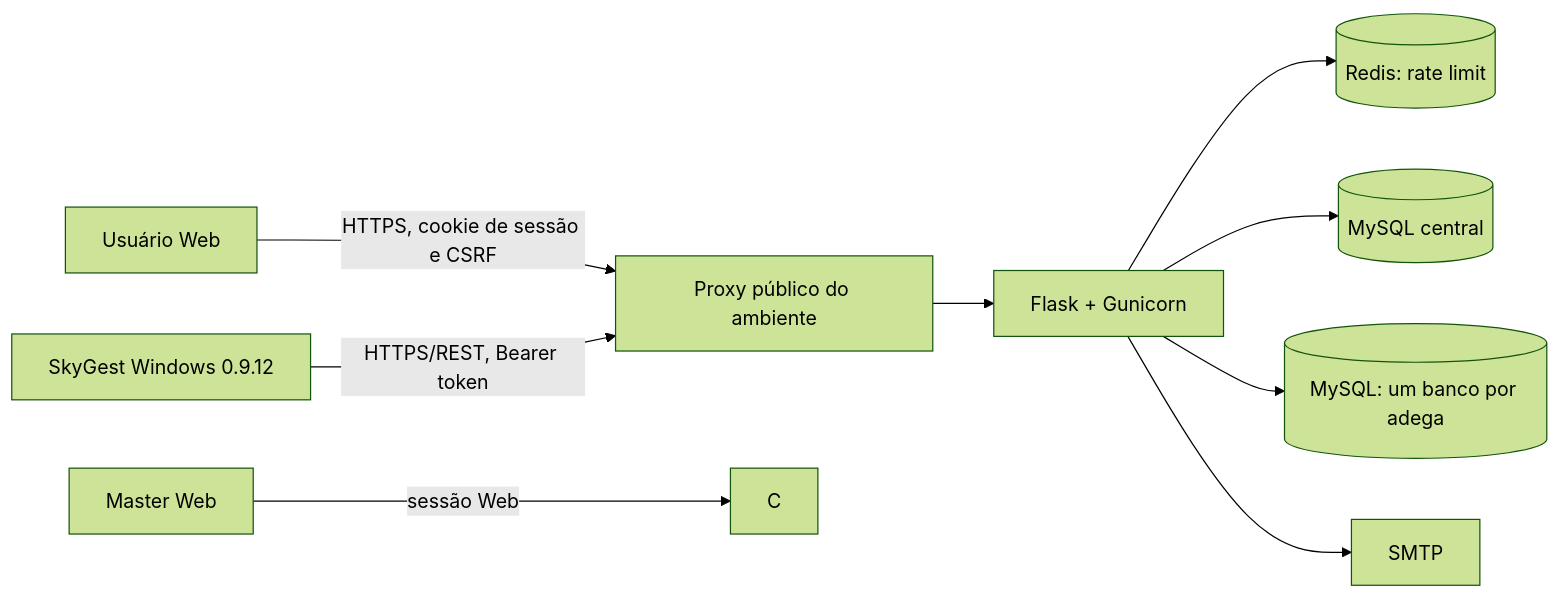
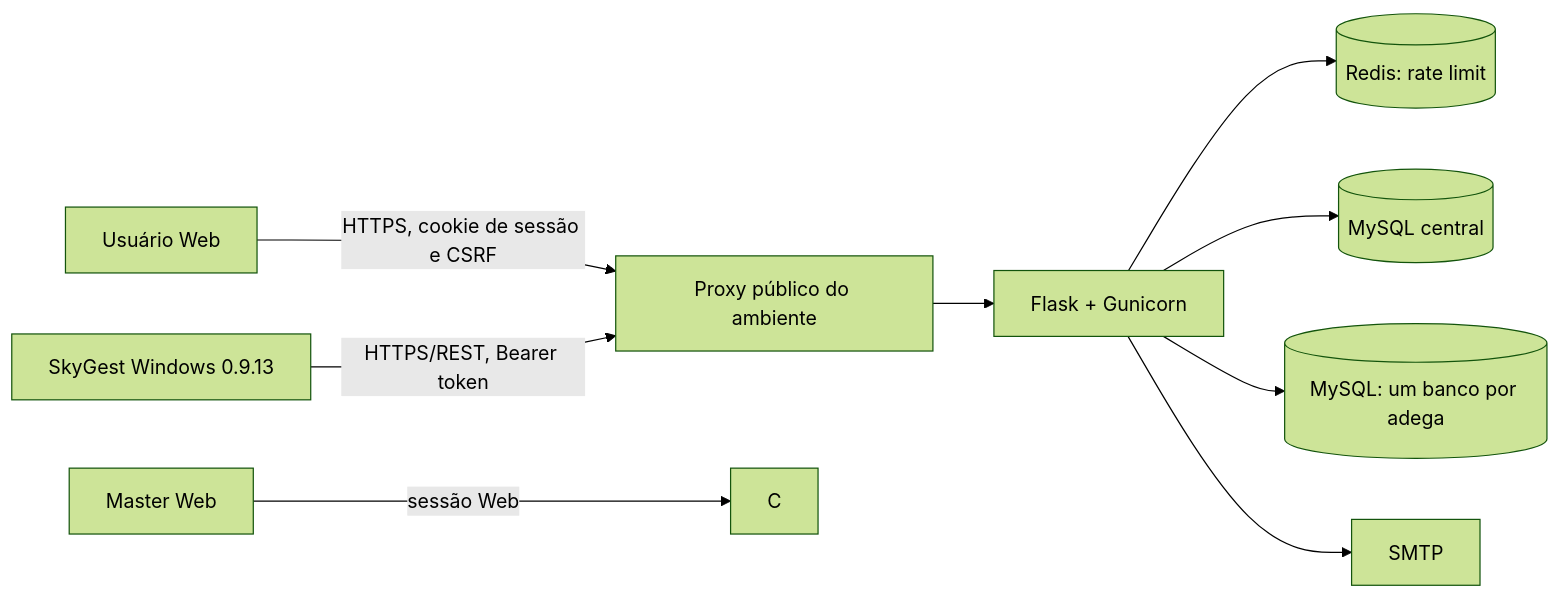
One commit to RafaelBG7/pdv2026 changed the first of 6 diagrams in DOCUMENTACAO_COMPLETA.md. Above: the diagram before and after it, drawn with Mermaid (forest theme). The commit also changed other lines of this file and 9 other files, not shown here.

````diff
--- a/DOCUMENTACAO_COMPLETA.md
+++ b/DOCUMENTACAO_COMPLETA.md
@@ -70,11 +70,11 @@
 ```mermaid
 flowchart LR
     U[Usuário Web] -->|HTTPS, cookie de sessão e CSRF| E[Proxy público do ambiente]
-    W[SkyGest Windows 0.9.12] -->|HTTPS/REST, Bearer token| E
+    W[SkyGest Windows 0.9.13] -->|HTTPS/REST, Bearer token| E
     E --> F[Flask + Gunicorn]
     F --> R[(Redis: rate limit)]
     F --> B[(MySQL central)]
     F --> T[(MySQL: um banco por adega)]
     F --> S[SMTP]
     M[Master Web] -->|sessão Web| C
 ```
````
